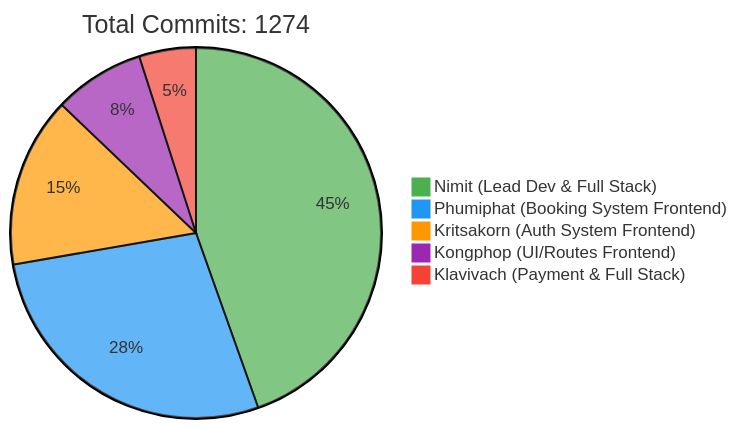
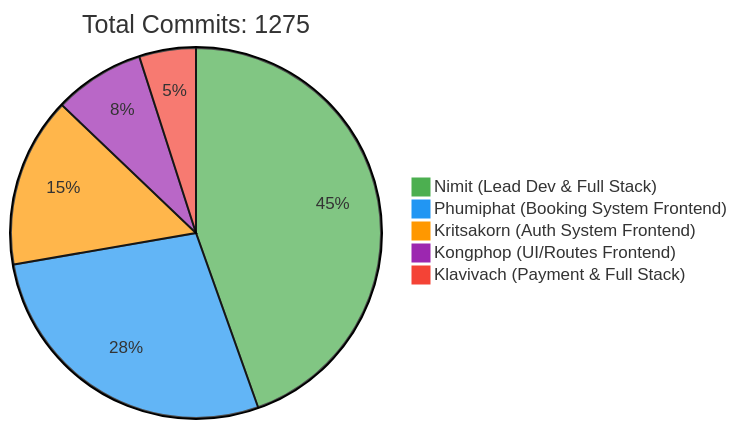
The first of 2 diagrams in README.md (6531503042/Sport-Complex), drawn with Mermaid before and after one commit. The commit also changed other lines of this file, not shown here.

Commit message:
docs: Update contributor statistics [skip ci]

````diff
--- a/README.md
+++ b/README.md
@@ -257,10 +257,10 @@
 ```mermaid
 %%{init: {'theme': 'base', 'themeVariables': { 'pie1': '#4CAF50', 'pie2': '#2196F3', 'pie3': '#FF9800', 'pie4': '#9C27B0', 'pie5': '#F44336'}}}%%
 pie
-    title Total Commits: 1274
+    title Total Commits: 1275
     "Nimit (Lead Dev & Full Stack)" : 450
     "Phumiphat (Booking System Frontend)" : 280
     "Kritsakorn (Auth System Frontend)" : 150
     "Kongphop (UI/Routes Frontend)" : 80
     "Klavivach (Payment & Full Stack)" : 50
 ```
````
